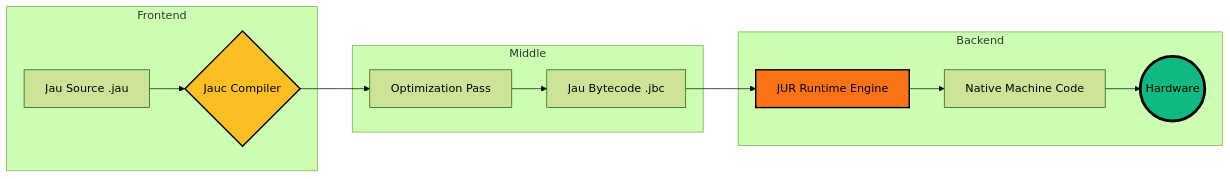
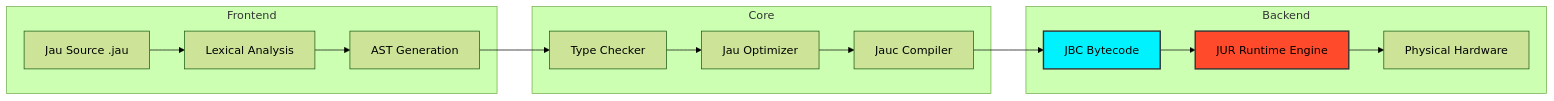
One commit to DeathAmir/Jau-lang changed the first of 2 diagrams in README.md. Above: the diagram before and after it, drawn with Mermaid (forest theme). The commit also changed other lines of this file, not shown here.

````diff
--- a/README.md
+++ b/README.md
@@ -59,18 +44,22 @@
 ```mermaid
 graph LR
     subgraph Frontend
-    A[Jau Source .jau] --> B{Jauc Compiler}
+    A[Jau Source .jau] --> B[Lexical Analysis]
+    B --> C[AST Generation]
     end
-    subgraph Middle
-    B --> C[Optimization Pass]
-    C --> D[Jau Bytecode .jbc]
+    
+    subgraph Core
+    C --> D[Type Checker]
+    D --> E[Jau Optimizer]
+    E --> F[Jauc Compiler]
     end
+    
     subgraph Backend
-    D --> E[JUR Runtime Engine]
-    E --> F[Native Machine Code]
-    F --> G((Hardware))
+    F --> G[JBC Bytecode]
+    G --> H[JUR Runtime Engine]
+    H --> I[Physical Hardware]
     end
-    style B fill:#fbbf24,stroke:#000,stroke-width:2px
-    style E fill:#f97316,stroke:#000,stroke-width:2px
-    style G fill:#10b981,stroke:#000,stroke-width:4px
+
+    style G fill:#00f2fe,stroke:#333,stroke-width:2px
+    style H fill:#ff4b2b,stroke:#333,stroke-width:2px
 ```
````
